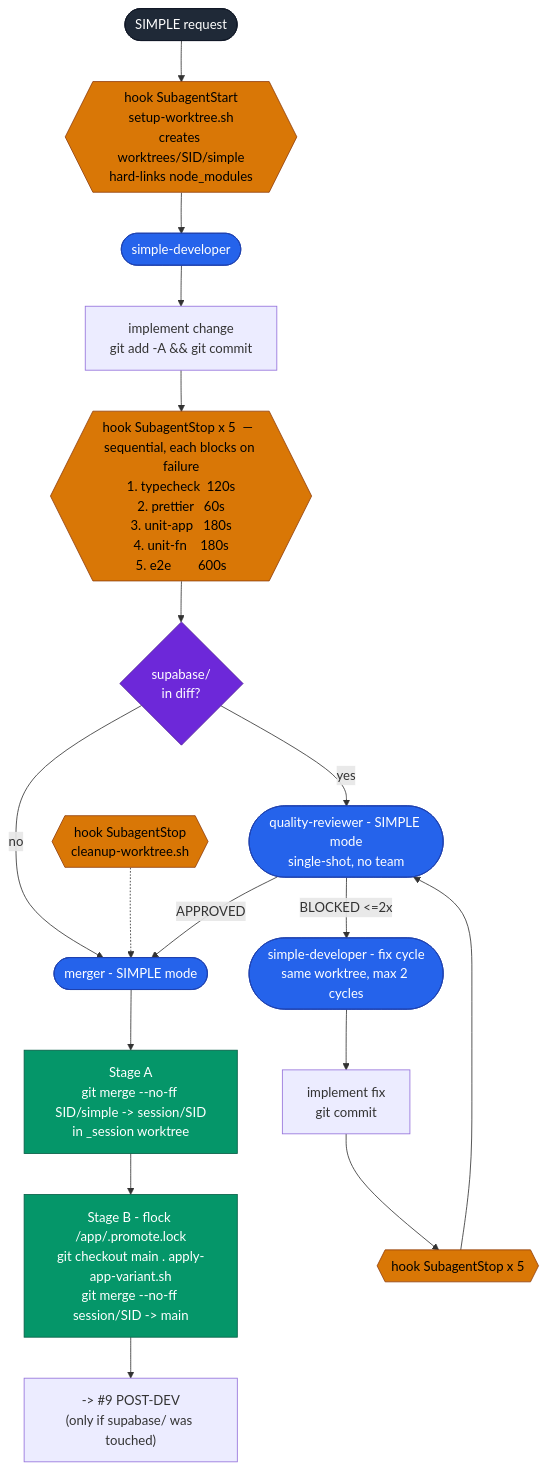
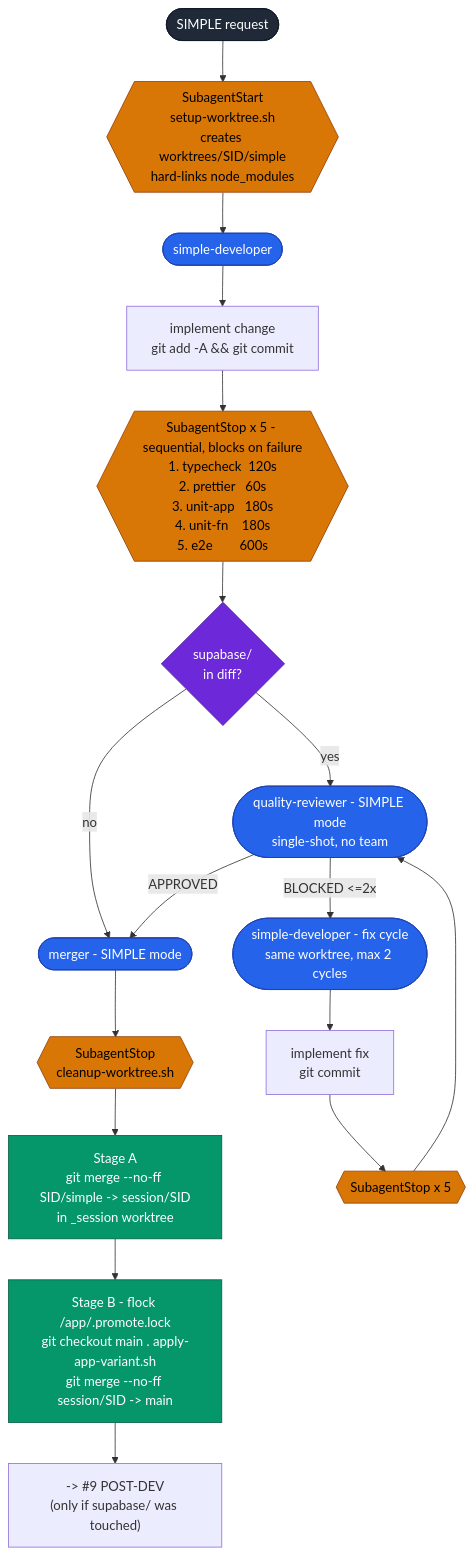
The seventh of 10 diagrams in docs/agents-diagram.md (marmelab/crm-builder), drawn with Mermaid before and after one commit. The commit also changed other lines of this file, not shown here.

Commit message:
Second pass diagram

````diff
--- a/docs/agents-diagram.md
+++ b/docs/agents-diagram.md
@@ -170,41 +186,39 @@
 ```mermaid
 flowchart TD
  
     classDef agent fill:#2563EB,stroke:#1E40AF,color:#fff
     classDef hook fill:#D97706,stroke:#92400E,color:#000
     classDef decision fill:#6D28D9,stroke:#4C1D95,color:#fff
  
     classDef terminal fill:#1F2937,stroke:#111827,color:#fff
  
     classDef promote fill:#059669,stroke:#065F46,color:#fff
     START([SIMPLE request]):::terminal
 
-    H_START{{hook SubagentStart\nsetup-worktree.sh\ncreates worktrees/SID/simple\nhard-links node_modules}}:::hook
+    H_START{{SubagentStart\nsetup-worktree.sh\ncreates worktrees/SID/simple\nhard-links node_modules}}:::hook
  START --> H_START
 
  H_START --> DEV(["simple-developer"]):::agent
  DEV --> IMPL["implement change\ngit add -A && git commit"]
 
  IMPL --> H_STOP
-    H_STOP{{hook SubagentStop x 5  —  sequential, each blocks on failure\n1. typecheck  120s\n2. prettier   60s\n3. unit-app   180s\n4. unit-fn    180s\n5. e2e        600s}}:::hook
+    H_STOP{{SubagentStop x 5 - sequential, blocks on failure\n1. typecheck  120s\n2. prettier   60s\n3. unit-app   180s\n4. unit-fn    180s\n5. e2e        600s}}:::hook
 
  H_STOP --> DIFF{supabase/\nin diff?}:::decision
 
  DIFF -->|no| MG
  DIFF -->|yes| QR(["quality-reviewer - SIMPLE mode\nsingle-shot, no team"]):::agent
  QR -->|APPROVED| MG
  QR -->|BLOCKED <=2x| FIX
 
     FIX(["simple-developer - fix cycle\nsame worktree, max 2 cycles"]):::agent
  FIX --> FIMPL["implement fix\ngit commit"]
  FIMPL --> H_FSTOP
-    H_FSTOP{{hook SubagentStop x 5}}:::hook
+    H_FSTOP{{SubagentStop x 5}}:::hook
  H_FSTOP --> QR
 
-    MG(["merger - SIMPLE mode"]):::agent
-    H_MG_STOP{{hook SubagentStop\ncleanup-worktree.sh}}:::hook -.-> MG
-
- MG --> SA["Stage A\ngit merge --no-ff SID/simple -> session/SID\nin _session worktree"]:::promote
+ MG(["merger - SIMPLE mode"]):::agent
+ MG --> H_MG_STOP{{SubagentStop\ncleanup-worktree.sh}}:::hook --> SA["Stage A\ngit merge --no-ff SID/simple -> session/SID\nin _session worktree"]:::promote
  SA --> SB["Stage B - flock /app/.promote.lock\ngit checkout main . apply-app-variant.sh\ngit merge --no-ff session/SID -> main"]:::promote
  SB --> PD["-> #9 POST-DEV\n(only if supabase/ was touched)"]
 ```
````
